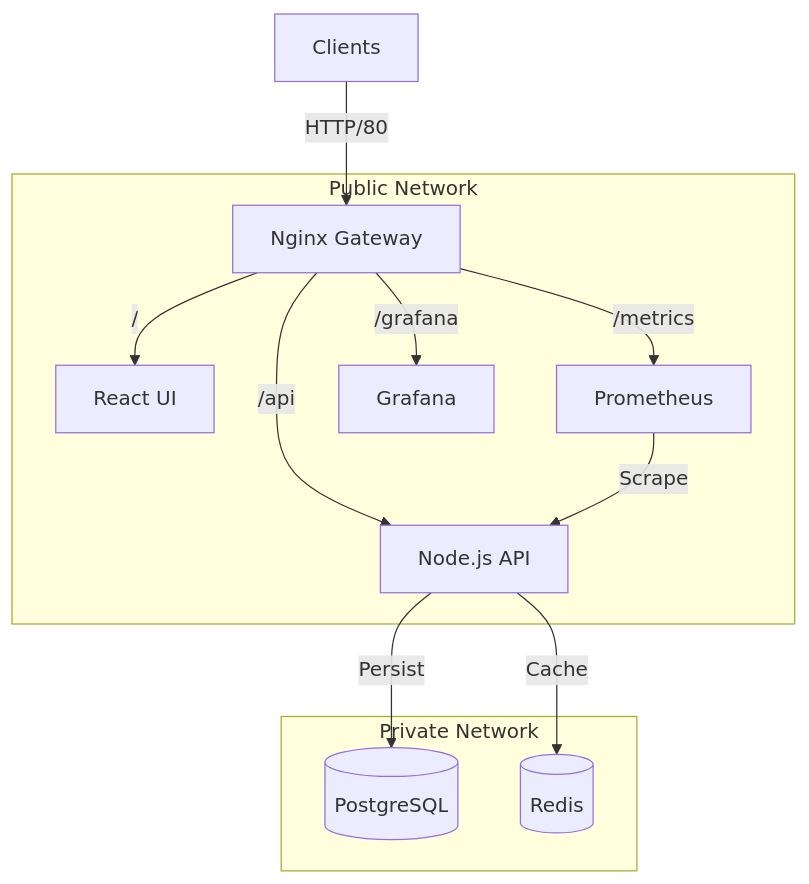
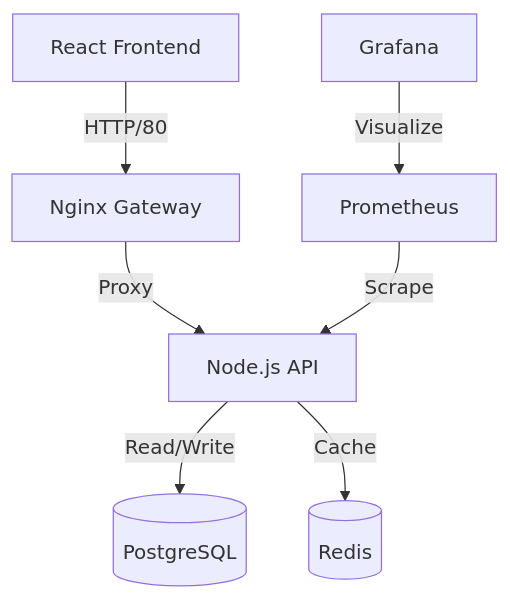
Before and after one commit to koopatroopa787/Docker-Project: the diagram in README.md, drawn with Mermaid. The commit also changed other lines of this file, not shown here.

````diff
--- a/README.md
+++ b/README.md
@@ -26,17 +18,9 @@
 ```mermaid
 graph TD
-    User[Clients] -->|HTTP/80| Nginx[Nginx Gateway]
-    
-    subgraph "Public Network"
-        Nginx -->|/| Frontend[React UI]
-        Nginx -->|/api| Backend[Node.js API]
-        Nginx -->|/metrics| Prometheus
-        Nginx -->|/grafana| Grafana
-    end
-    
-    subgraph "Private Network"
-        Backend -->|Persist| Postgres[(PostgreSQL)]
-        Backend -->|Cache| Redis[(Redis)]
-        Prometheus -->|Scrape| Backend
-    end
+    Client[React Frontend] -->|HTTP/80| Nginx[Nginx Gateway]
+    Nginx -->|Proxy| API[Node.js API]
+    API -->|Read/Write| DB[(PostgreSQL)]
+    API -->|Cache| Redis[(Redis)]
+    Prometheus[Prometheus] -->|Scrape| API
+    Grafana[Grafana] -->|Visualize| Prometheus
 ```
````
